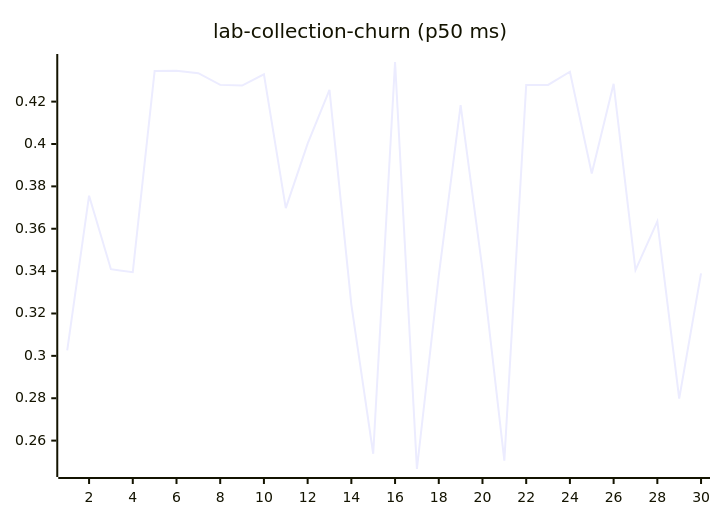
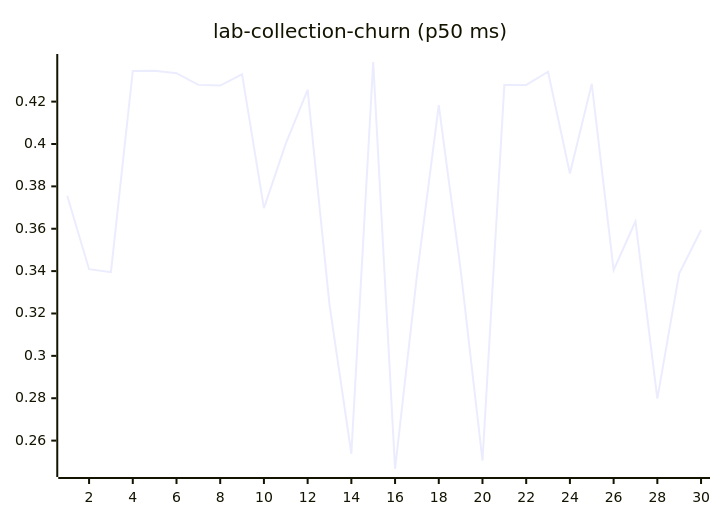
One commit to josha/Facet changed diagram 11 of 27 in README.md. Above: the diagram before and after it, drawn with Mermaid. The commit also changed other lines of this file and 2 other files, not shown here.

````diff
--- a/README.md
+++ b/README.md
@@ -133,6 +133,6 @@
 ```mermaid
 xychart-beta
     title "lab-collection-churn (p50 ms)"
     x-axis 1 --> 30
-    line [0.3026, 0.3756, 0.3409, 0.3395, 0.4345, 0.4346, 0.4334, 0.4279, 0.4276, 0.4329, 0.3697, 0.4002, 0.4255, 0.3242, 0.2538, 0.4387, 0.2466, 0.3379, 0.4183, 0.3407, 0.2505, 0.4278, 0.4279, 0.4341, 0.3861, 0.4284, 0.3405, 0.3635, 0.2798, 0.3389]
+    line [0.3756, 0.3409, 0.3395, 0.4345, 0.4346, 0.4334, 0.4279, 0.4276, 0.4329, 0.3697, 0.4002, 0.4255, 0.3242, 0.2538, 0.4387, 0.2466, 0.3379, 0.4183, 0.3407, 0.2505, 0.4278, 0.4279, 0.4341, 0.3861, 0.4284, 0.3405, 0.3635, 0.2798, 0.3389, 0.3594]
 ```
````
